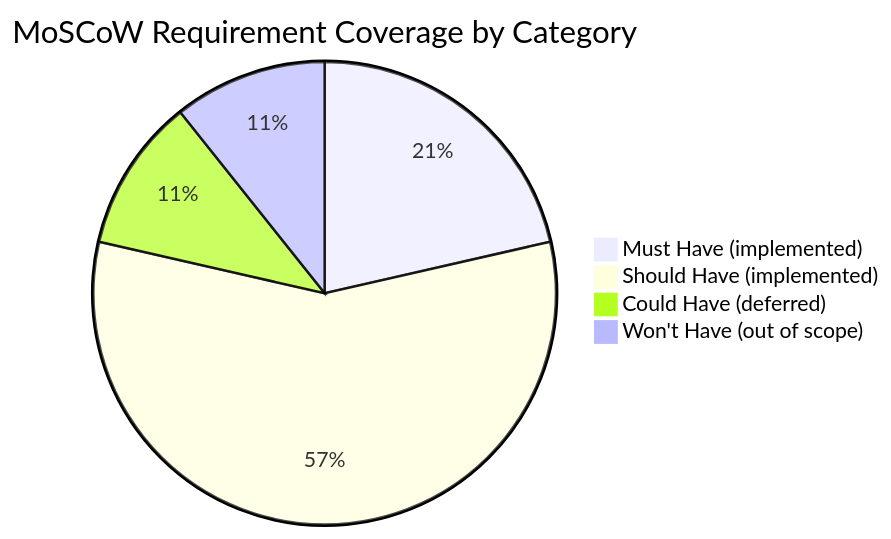
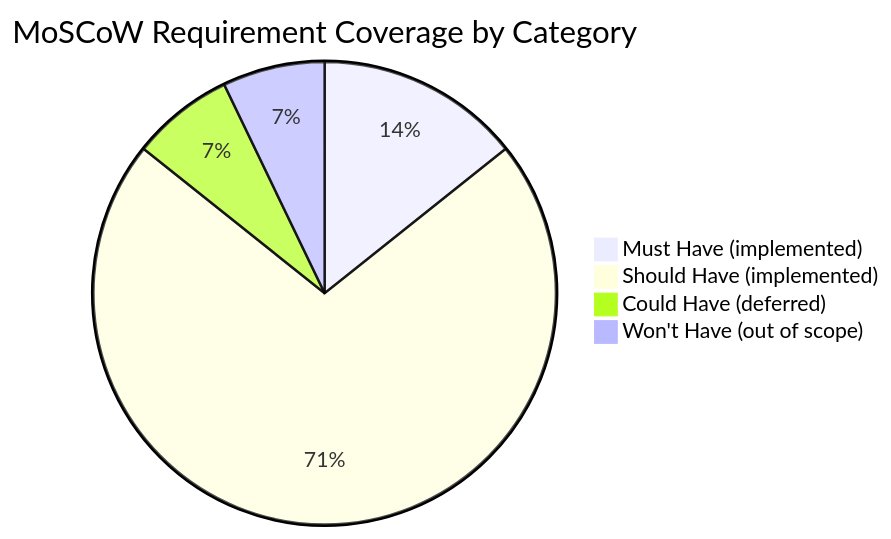
One commit to DevelApp-ai/deterministic-technical-design-specification changed the third of 3 diagrams in example/docs/traceability/index.md. Above: the diagram before and after it, drawn with Mermaid. The commit also changed other lines of this file and 29 other files, not shown here.

````diff
--- a/example/docs/traceability/index.md
+++ b/example/docs/traceability/index.md
@@ -200,7 +258,7 @@
 ```mermaid
 pie title MoSCoW Requirement Coverage by Category
     "Must Have (implemented)" : 6
-    "Should Have (implemented)" : 16
+    "Should Have (implemented)" : 30
     "Could Have (deferred)" : 3
     "Won't Have (out of scope)" : 3
 ```
````
